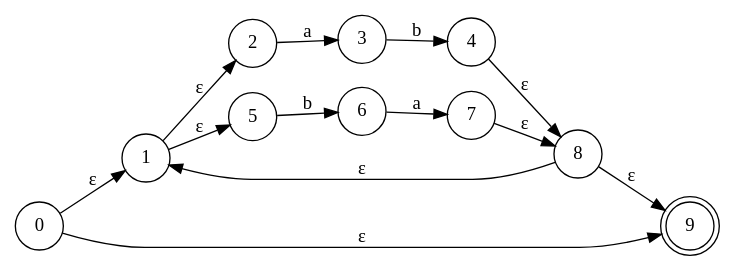
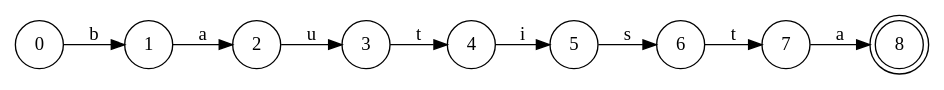
Before and after one commit to baujuncos/ProyectoAF: the diagram in output/NFA.gv, drawn with Graphviz. The commit also changed 9 other files, not shown here.

```diff
--- a/output/NFA.gv
+++ b/output/NFA.gv
@@ -1,21 +1,20 @@
 // Diagrama AFN
 strict digraph {
 	rankdir=LR
 	node [shape=circle]
-	0 -> 1 [label="ε"]
-	1 -> 2 [label="ε"]
-	2 -> 3 [label=a]
-	3 -> 4 [label=b]
-	2 -> 3
-	1 -> 5 [label="ε"]
-	5 -> 6 [label=b]
-	6 -> 7 [label=a]
-	5 -> 6
-	4 -> 8 [label="ε"]
-	7 -> 8 [label="ε"]
-	1 -> 2
-	8 -> 1 [label="ε"]
-	8 -> 9 [label="ε"]
-	0 -> 9 [label="ε"]
-	9 [shape=doublecircle]
+	0 -> 1 [label=b]
+	1 -> 2 [label=a]
+	0 -> 1
+	2 -> 3 [label=u]
+	0 -> 1
+	3 -> 4 [label=t]
+	0 -> 1
+	4 -> 5 [label=i]
+	0 -> 1
+	5 -> 6 [label=s]
+	0 -> 1
+	6 -> 7 [label=t]
+	0 -> 1
+	7 -> 8 [label=a]
+	8 [shape=doublecircle]
 }
```
